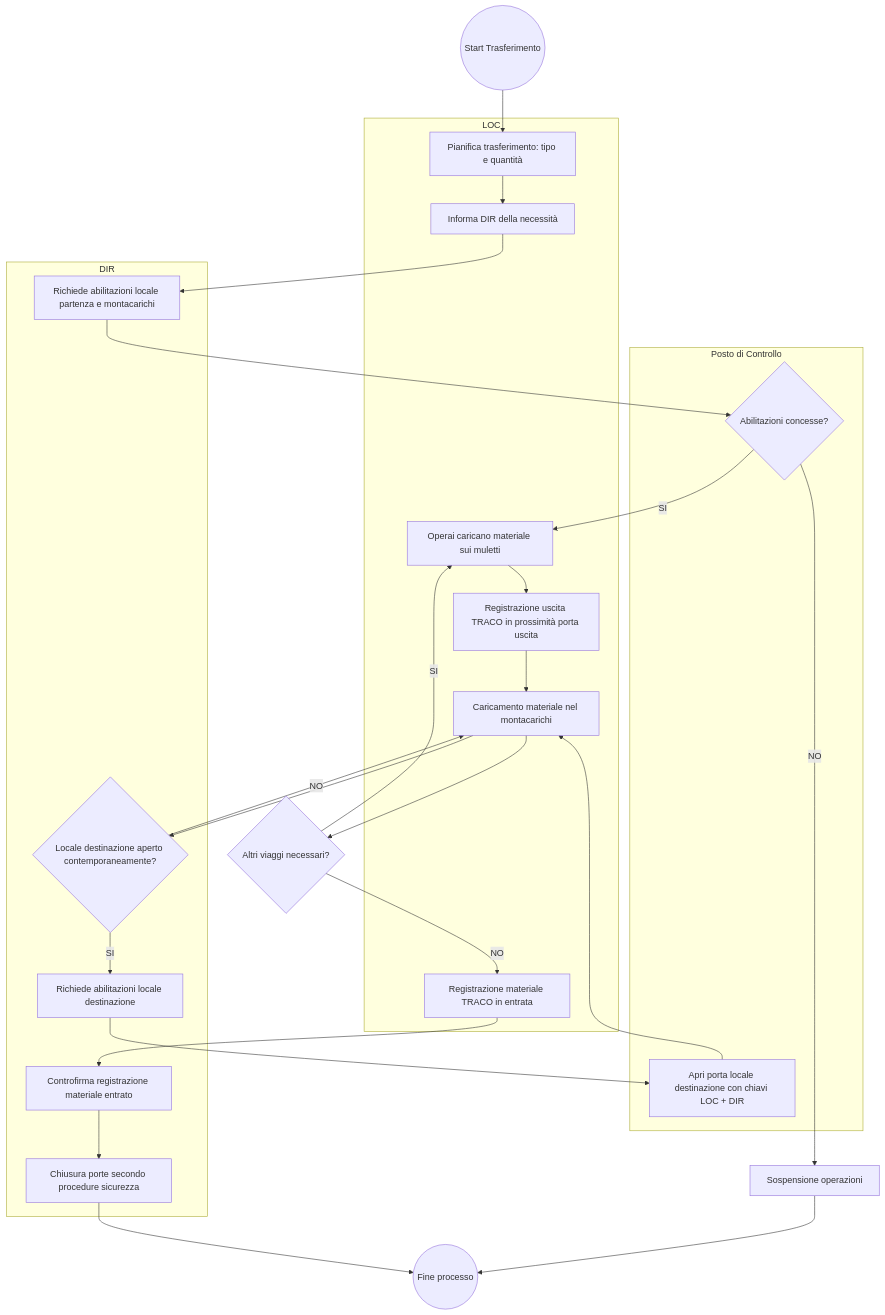
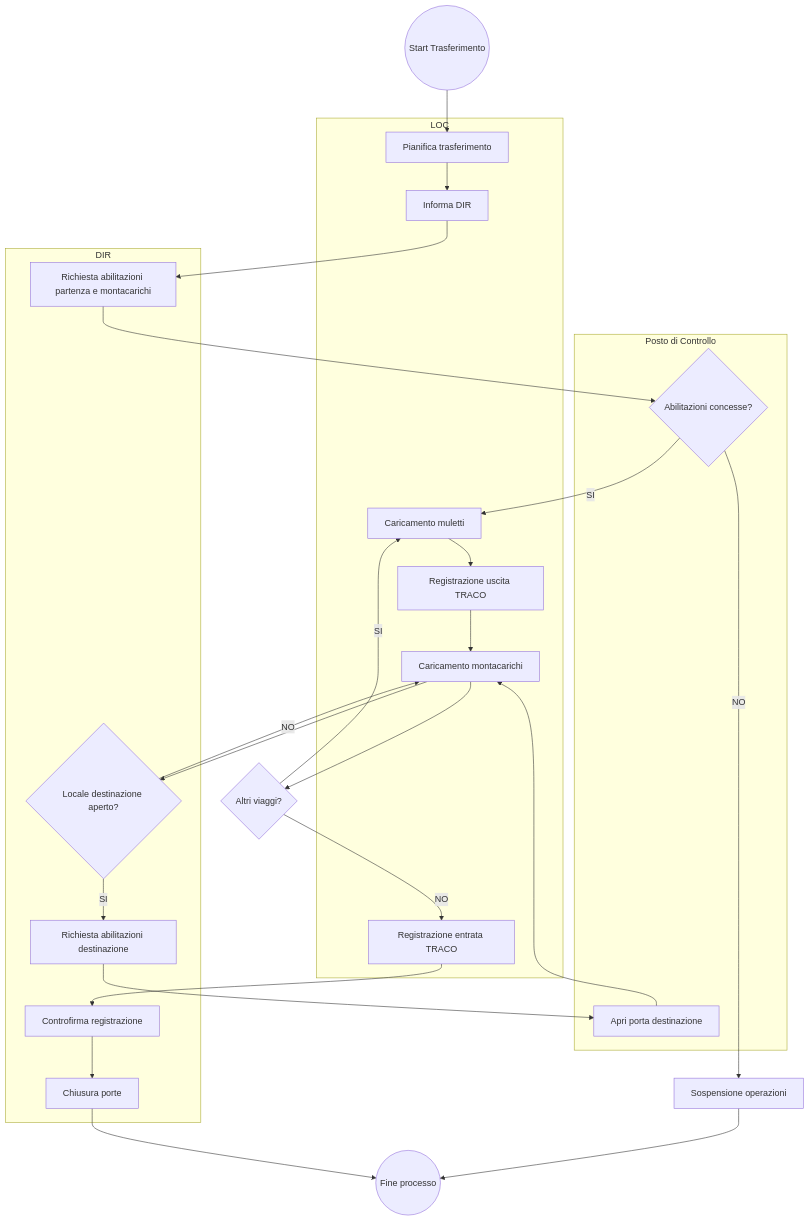
Before and after one commit to DevsLuca/Algorithms: the diagram in Nuovo.md, drawn with Mermaid.

````diff
--- a/Nuovo.md
+++ b/Nuovo.md
@@ -1,56 +1,47 @@
 ```mermaid
 
 flowchart TD
-%% ===============================
-%% SWIMLANE PER RUOLI: LOC / DIR / POSTO DI CONTROLLO
-%% ===============================
+%% SWIMLANE PER RUOLI OTTIMIZZATA
 
-%% ===============================
-%% START
 START((Start Trasferimento))
 
-%% ===============================
 %% LOC
 subgraph LOC [LOC]
-    A1[Pianifica trasferimento: tipo e quantità]
-    A2[Informa DIR della necessità]
-    F1[Operai caricano materiale sui muletti]
-    F2[Registrazione uscita TRACO in prossimità porta uscita]
-    F3[Caricamento materiale nel montacarichi]
-    J1[Registrazione materiale TRACO in entrata]
+    L1[Pianifica trasferimento]
+    L2[Informa DIR]
+    L3[Caricamento muletti]
+    L4[Registrazione uscita TRACO]
+    L5[Caricamento montacarichi]
+    L6[Registrazione entrata TRACO]
 end
 
-%% ===============================
 %% DIR
 subgraph DIR [DIR]
-    B1[Richiede abilitazioni locale partenza e montacarichi]
-    D1{Locale destinazione aperto contemporaneamente?}
-    E1[Richiede abilitazioni locale destinazione]
-    J2[Controfirma registrazione materiale entrato]
-    J3[Chiusura porte secondo procedure sicurezza]
+    D1[Richiesta abilitazioni partenza e montacarichi]
+    D2{Locale destinazione aperto?}
+    D3[Richiesta abilitazioni destinazione]
+    D4[Controfirma registrazione]
+    D5[Chiusura porte]
 end
 
-%% ===============================
 %% POSTO DI CONTROLLO
 subgraph PC [Posto di Controllo]
-    B2{Abilitazioni concesse?}
-    E2[Apri porta locale destinazione con chiavi LOC + DIR]
+    P1{Abilitazioni concesse?}
+    P2[Apri porta destinazione]
 end
 
-%% ===============================
-%% FLUSSO
-START --> A1 --> A2 --> B1 --> B2
-B2 -- NO --> STOP1[Sospensione operazioni] --> END
-B2 -- SI --> F1
+%% FLUSSO LINEARE
+START --> L1 --> L2 --> D1 --> P1
+P1 -- NO --> STOP[Sospensione operazioni] --> END
+P1 -- SI --> L3 --> L4 --> L5 --> D2
 
-F1 --> F2 --> F3 --> D1
-D1 -- SI --> E1 --> E2 --> F3
-D1 -- NO --> F3
+D2 -- SI --> D3 --> P2 --> L5
+D2 -- NO --> L5
 
-F3 --> G1{Altri viaggi necessari?}
-G1 -- SI --> F1
-G1 -- NO --> J1 --> J2 --> J3 --> END
+L5 --> G1{Altri viaggi?}
+G1 -- SI --> L3
+G1 -- NO --> L6 --> D4 --> D5 --> END
 
 END((Fine processo))
 
 ```
````
